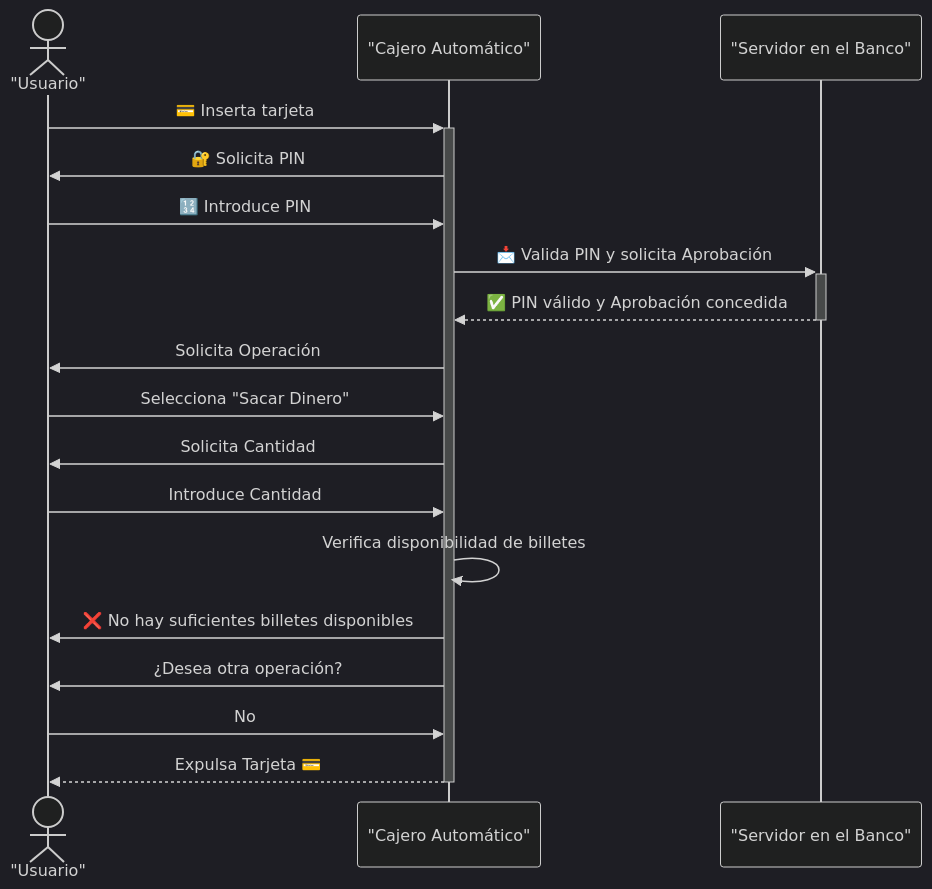
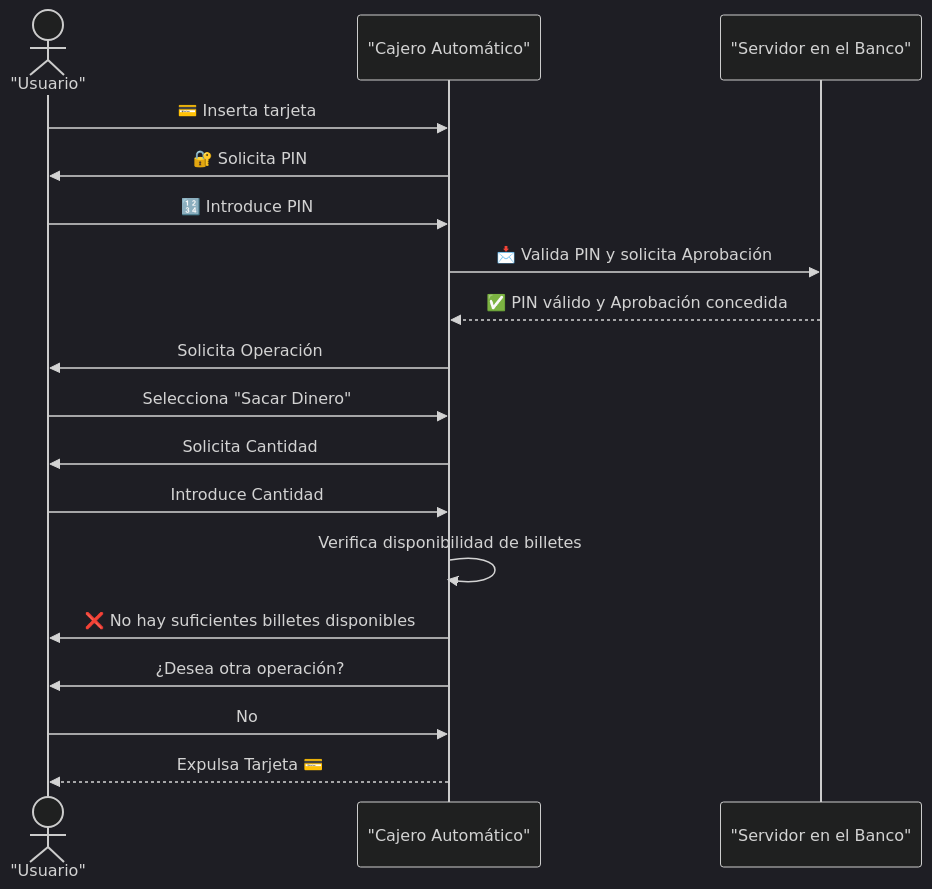
The fourth of 6 diagrams in notas/dia1.md (IvanciniGT/formacionUMLDTE), drawn with Mermaid (dark theme) before and after one commit. The commit also changed other lines of this file and 8 other files, not shown here.

````diff
--- a/notas/dia1.md
+++ b/notas/dia1.md
@@ -238,20 +256,24 @@
 ```mermaid
 sequenceDiagram
-actor            U as "Usuario"
-participant      CA as "Cajero Automático"
-participant      S as "Servidor en el Banco"
-U  ->> +CA:      💳 Inserta tarjeta
-CA ->> U:        🔐 Solicita PIN
-U  ->> CA:       🔢 Introduce PIN
-CA ->> +S:       📩 Valida PIN y solicita Aprobación
-S  -->> -CA:     ✅ PIN válido y Aprobación concedida
-CA ->> U:        Solicita Operación
-U  ->> CA:       Selecciona "Sacar Dinero"
-CA ->> U:        Solicita Cantidad
-U  ->> CA:       Introduce Cantidad
-CA ->> CA:       Verifica disponibilidad de billetes
-CA ->> U:        ❌ No hay suficientes billetes disponibles
-CA ->> U:        ¿Desea otra operación?
-U  ->> CA:       No
-CA -->> -U:      Expulsa Tarjeta 💳
+
+    actor U as "Usuario"
+    participant CA as "Cajero Automático"
+    participant S as "Servidor en el Banco"
+
+    U->>CA: 💳 Inserta tarjeta
+    CA->>U: 🔐 Solicita PIN
+    U->>CA: 🔢 Introduce PIN
+    CA->>S: 📩 Valida PIN y solicita Aprobación
+    S-->>CA: ✅ PIN válido y Aprobación concedida
+
+    CA->>U: Solicita Operación
+    U->>CA: Selecciona "Sacar Dinero"
+    CA->>U: Solicita Cantidad
+    U->>CA: Introduce Cantidad
+
+    CA->>CA: Verifica disponibilidad de billetes
+    CA->>U: ❌ No hay suficientes billetes disponibles
+    CA->>U: ¿Desea otra operación?
+    U->>CA: No
+    CA-->>U: Expulsa Tarjeta 💳
 ```
````
